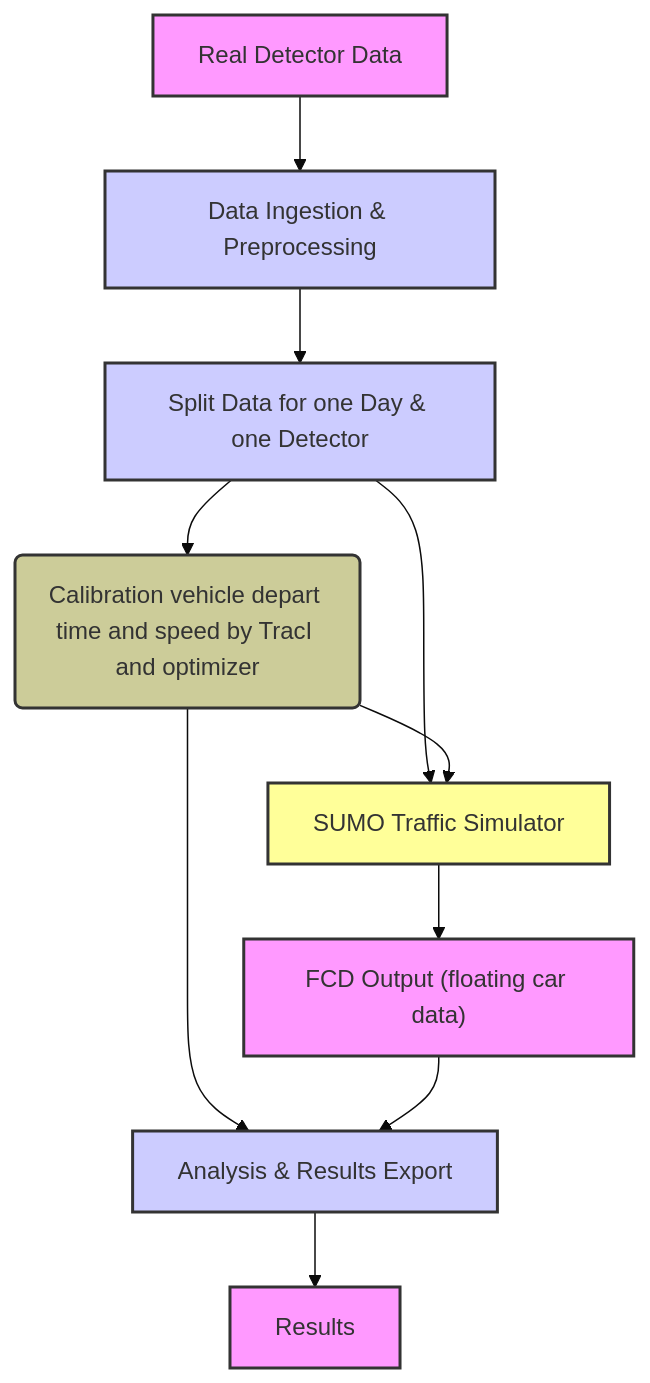
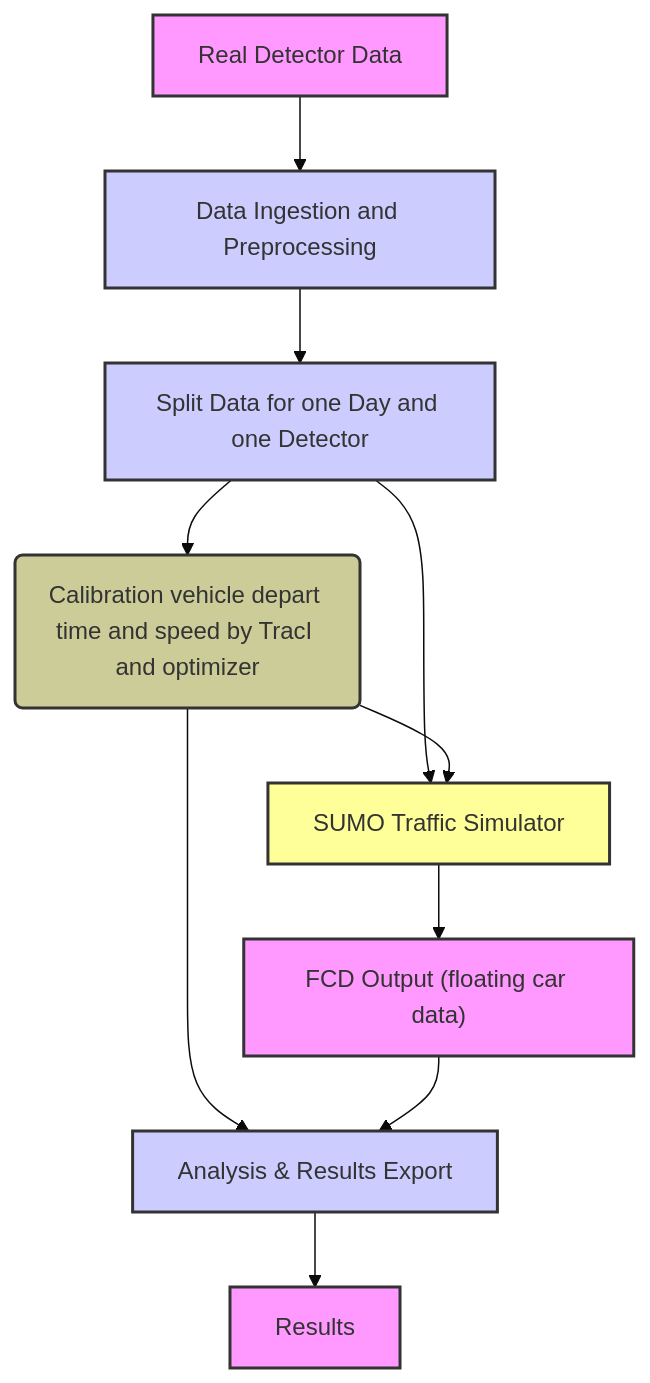
Before and after one commit to SiddharthVenkataraman/Hornsgatan: the diagram in docs/Workflow.md, drawn with Mermaid (base theme).

````diff
--- a/docs/Workflow.md
+++ b/docs/Workflow.md
@@ -25,22 +25,22 @@
 ```mermaid
 graph TD
-    A[Real Detector Data] --> B["Data Ingestion & Preprocessing"]
-    B --> C["Split Data for one Day & one Detector"]
+    A[Real Detector Data] --> B["Data Ingestion and Preprocessing"]
+    B --> C["Split Data for one Day and one Detector"]
     C --> E(Calibration vehicle depart time and speed by TracI and optimizer)
     C --> F[SUMO Traffic Simulator]
     E --> F
     F --> G["FCD Output (floating car data)"]
     E --> H["Analysis & Results Export"]
     G --> H
     H --> I[Results]
 
     %% Styling for clarity
     classDef data fill:#f9f,stroke:#333,stroke-width:2px;
     class A,G,I data
     classDef process fill:#ccf,stroke:#333,stroke-width:2px;
     class B,C,E,H process
     classDef tool fill:#ff9,stroke:#333,stroke-width:2px;
     class F tool
     classDef param fill:#cc9,stroke:#333,stroke-width:2px;
     class E param
 ``` 
````
